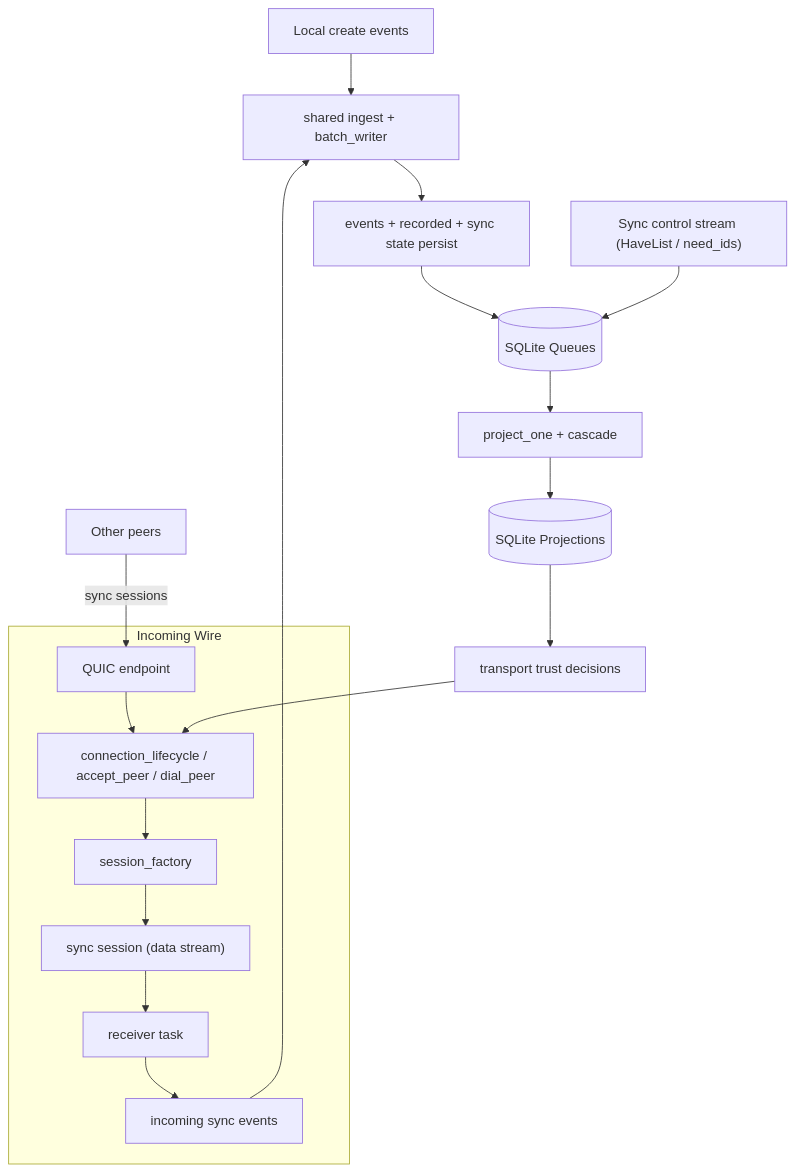
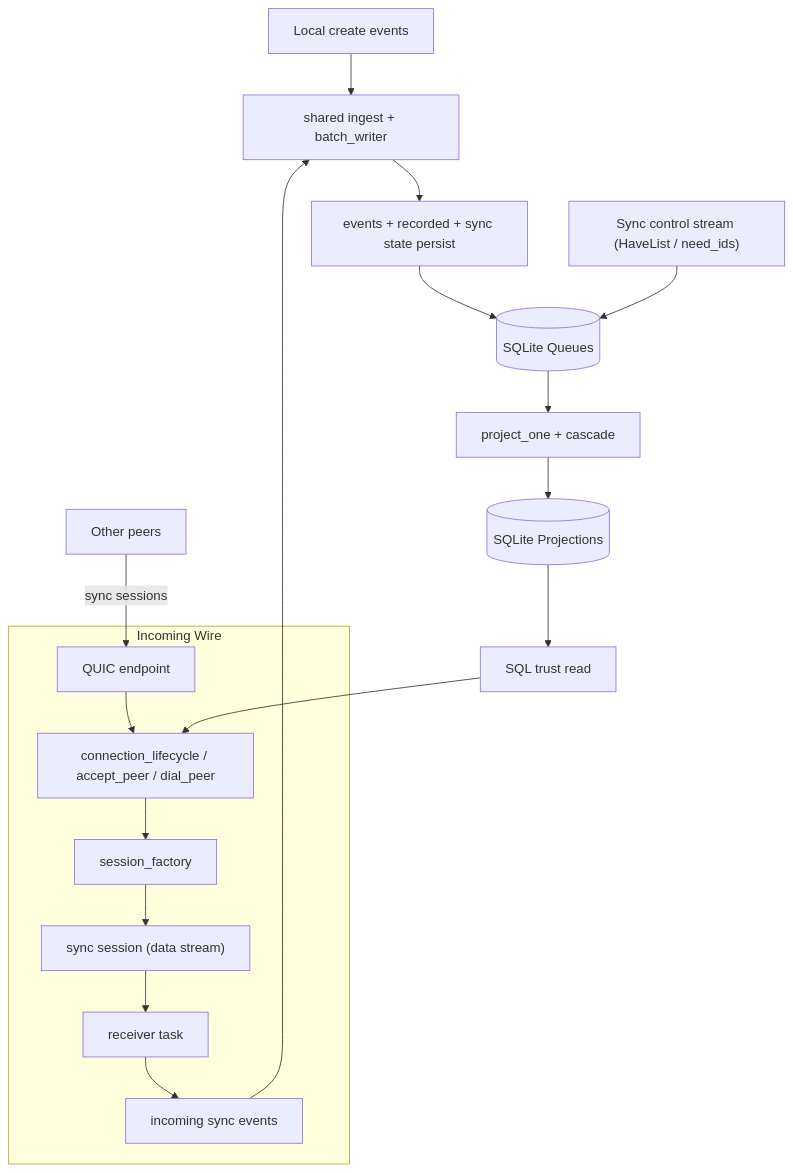
Before and after one commit to holmesworcester/topo: the second of 5 diagrams in docs/CURRENT_RUNTIME_DIAGRAM.md, drawn with Mermaid. The commit also changed other lines of this file, not shown here.

Commit message:
Update runtime diagram for direct SQL trust reads

````diff
--- a/docs/CURRENT_RUNTIME_DIAGRAM.md
+++ b/docs/CURRENT_RUNTIME_DIAGRAM.md
@@ -39,23 +39,23 @@
 ```mermaid
 flowchart TD
     LOCAL["Local create events"] --> INGEST["shared ingest + batch_writer"]
     OTHERS["Other peers"] -->|"sync sessions"| EP
 
     subgraph NET["Incoming Wire"]
       EP["QUIC endpoint"] --> LIFE["connection_lifecycle / accept_peer / dial_peer"]
       LIFE --> FACT["session_factory"]
       FACT --> SESS["sync session (data stream)"]
       SESS --> RECV["receiver task"]
       RECV --> INCOMING["incoming sync events"]
     end
 
     INCOMING --> INGEST
     INGEST --> STORE["events + recorded + sync state persist"]
     STORE --> QDB[("SQLite Queues")]
     QDB --> APPLY["project_one + cascade"]
     APPLY --> PDB[("SQLite Projections")]
 
     CTRL["Sync control stream (HaveList / need_ids)"] --> QDB
-    PDB --> TRUST["transport trust decisions"]
+    PDB --> TRUST["SQL trust read"]
     TRUST --> LIFE
 ```
````
